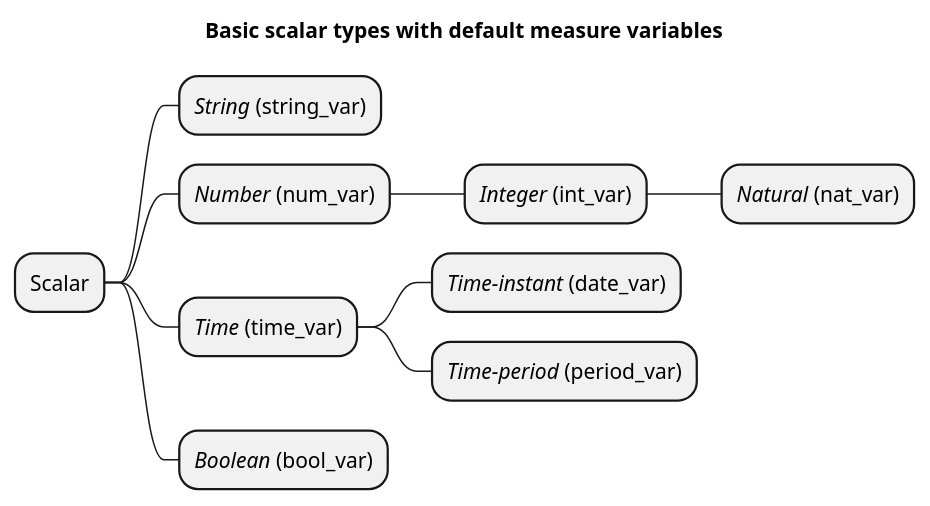
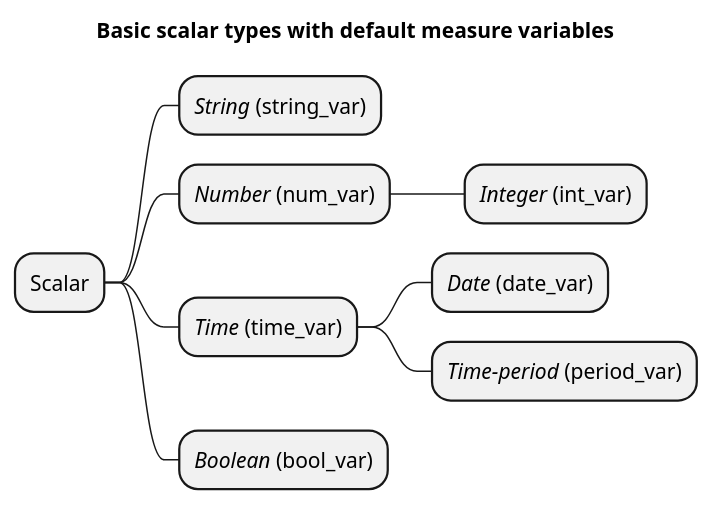
Before and after one commit to sdmx-twg/vtl: the diagram in v2.1/docs/user_manual/operators.rst, drawn with PlantUML.

Commit message:
Remove "natural" number type

```diff
--- a/v2.1/docs/user_manual/operators.rst
+++ b/v2.1/docs/user_manual/operators.rst
@@ -1047,17 +1047,16 @@
 .. uml::
 
     @startmindmap
 
     title Basic scalar types with default measure variables
 
         * Scalar
         ** <i>String</i> (string_var)
         ** <i>Number</i> (num_var)
         *** <i>Integer</i> (int_var)
-		**** <i>Natural</i> (nat_var)
         ** <i>Time</i> (time_var)
-        *** <i>Time-instant</i> (date_var)
+        *** <i>Date</i> (date_var)
         *** <i>Time-period</i> (period_var)
         ** <i>Boolean</i> (bool_var)
 
     @endmindmap
```
